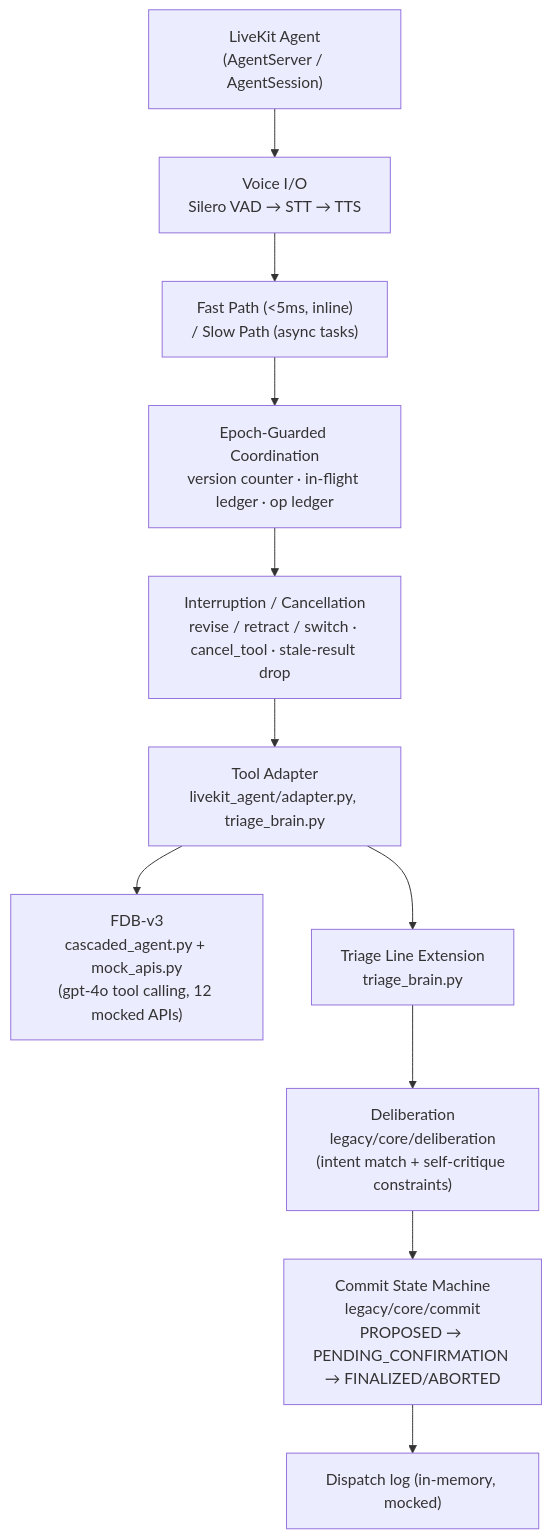
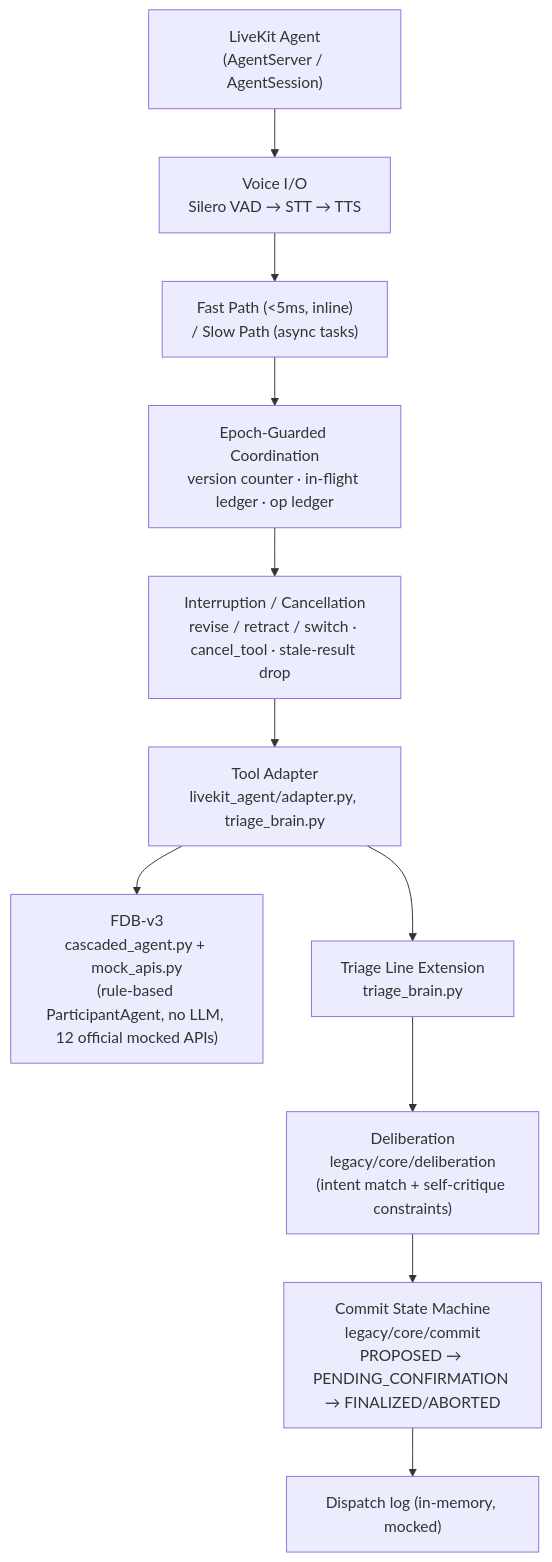
The diagram in docs/ARCHITECTURE.md (RomitDeokar/TriageLine), drawn with Mermaid before and after one commit. The commit also changed other lines of this file and 126 other files, not shown here.

````diff
--- a/docs/ARCHITECTURE.md
+++ b/docs/ARCHITECTURE.md
@@ -9,16 +9,16 @@
 ```mermaid
 flowchart TD
     LK["LiveKit Agent\n(AgentServer / AgentSession)"]
     VOICE["Voice I/O\nSilero VAD → STT → TTS"]
     PATH["Fast Path (&lt;5ms, inline)\n/ Slow Path (async tasks)"]
     EPOCH["Epoch-Guarded Coordination\nversion counter · in-flight ledger · op ledger"]
     INT["Interruption / Cancellation\nrevise / retract / switch · cancel_tool · stale-result drop"]
     ADAPTER["Tool Adapter\nlivekit_agent/adapter.py, triage_brain.py"]
 
     LK --> VOICE --> PATH --> EPOCH --> INT --> ADAPTER
-    ADAPTER --> FDB["FDB-v3\ncascaded_agent.py + mock_apis.py\n(gpt-4o tool calling, 12 mocked APIs)"]
+    ADAPTER --> FDB["FDB-v3\ncascaded_agent.py + mock_apis.py\n(rule-based ParticipantAgent, no LLM, 12 official mocked APIs)"]
     ADAPTER --> TRIAGE["Triage Line Extension\ntriage_brain.py"]
     TRIAGE --> DELIB["Deliberation\nlegacy/core/deliberation\n(intent match + self-critique constraints)"]
     DELIB --> COMMIT["Commit State Machine\nlegacy/core/commit\nPROPOSED → PENDING_CONFIRMATION → FINALIZED/ABORTED"]
     COMMIT --> DISPATCH["Dispatch log (in-memory, mocked)"]
 ```
````
